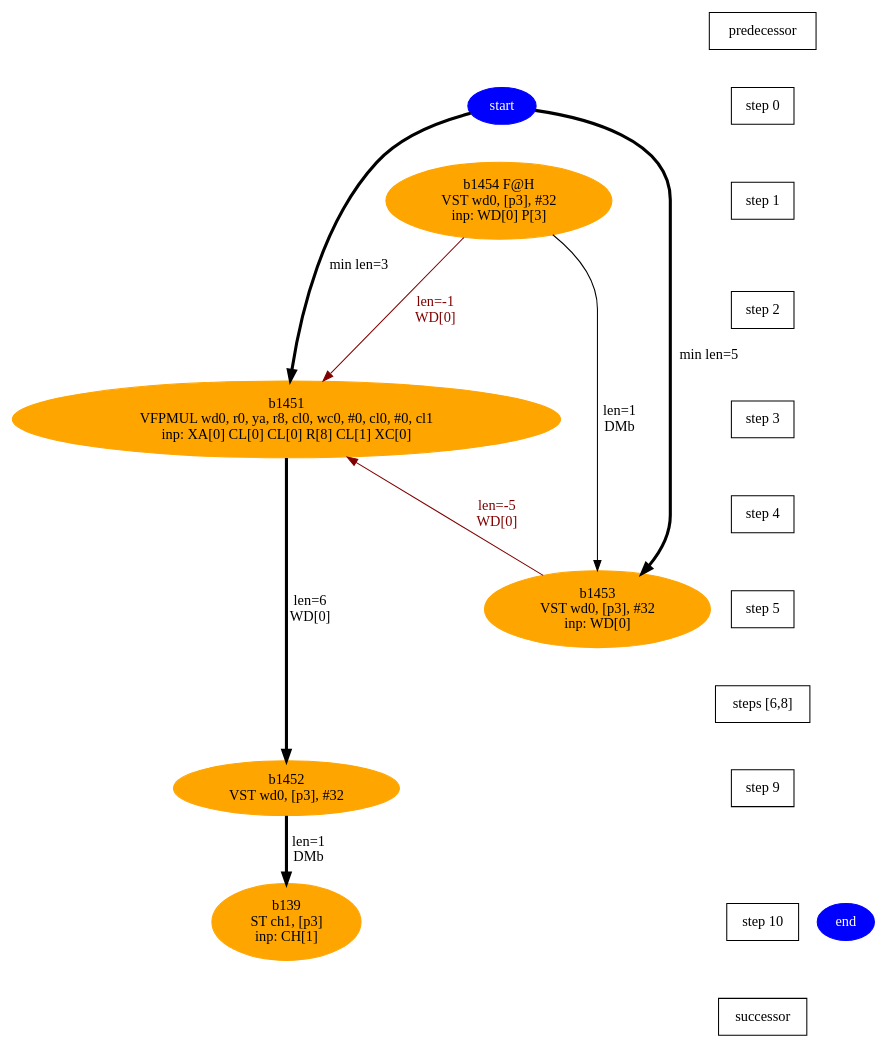
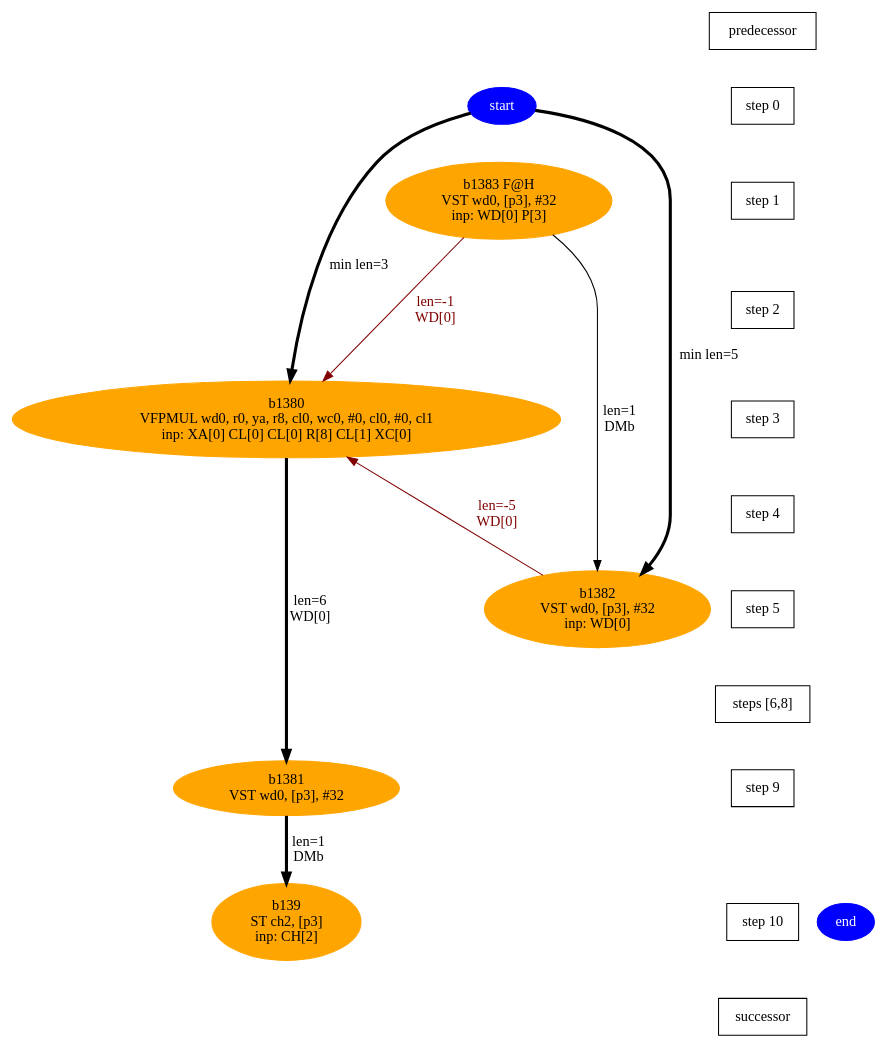
The diagram in testGen/Work/aie/0_1/Release/chesswork/0_1-main__s2_info/m120.dot (lxy-littlechai/SVD), drawn with Graphviz before and after one commit. The commit also changed 9662 other files, not shown here.

```diff
--- a/testGen/Work/aie/0_1/Release/chesswork/0_1-main__s2_info/m120.dot
+++ b/testGen/Work/aie/0_1/Release/chesswork/0_1-main__s2_info/m120.dot
@@ -1,37 +1,37 @@
 digraph N {
- b139[color=orange,fontcolor=black,style=filled,label="b139\nST ch1, [p3]\ninp: CH[1]"];  {rank=same; S10;  b139;}
- b1451[color=orange,fontcolor=black,style=filled,label="b1451\nVFPMUL wd0, r0, ya, r8, cl0, wc0, #0, cl0, #0, cl1\ninp: XA[0] CL[0] CL[0] R[8] CL[1] XC[0]"];  {rank=same; S3;  b1451;}
- b1452[color=orange,fontcolor=black,style=filled,label="b1452\nVST wd0, [p3], #32"];  {rank=same; S9;  b1452;}
- b1453[color=orange,fontcolor=black,style=filled,label="b1453\nVST wd0, [p3], #32\ninp: WD[0]"];  {rank=same; S5;  b1453;}
- b1454[color=orange,fontcolor=black,style=filled,label="b1454 F@H \nVST wd0, [p3], #32\ninp: WD[0] P[3]"];  {rank=same; S1;  b1454;}
+ b139[color=orange,fontcolor=black,style=filled,label="b139\nST ch2, [p3]\ninp: CH[2]"];  {rank=same; S10;  b139;}
+ b1380[color=orange,fontcolor=black,style=filled,label="b1380\nVFPMUL wd0, r0, ya, r8, cl0, wc0, #0, cl0, #0, cl1\ninp: XA[0] CL[0] CL[0] R[8] CL[1] XC[0]"];  {rank=same; S3;  b1380;}
+ b1381[color=orange,fontcolor=black,style=filled,label="b1381\nVST wd0, [p3], #32"];  {rank=same; S9;  b1381;}
+ b1382[color=orange,fontcolor=black,style=filled,label="b1382\nVST wd0, [p3], #32\ninp: WD[0]"];  {rank=same; S5;  b1382;}
+ b1383[color=orange,fontcolor=black,style=filled,label="b1383 F@H \nVST wd0, [p3], #32\ninp: WD[0] P[3]"];  {rank=same; S1;  b1383;}
  start [color=blue,fontcolor=white,style=filled,label="start"];  {rank=same; S0;  start;}
  end [color=blue,fontcolor=white,style=filled,label="end"];  {rank=same; S10;  end;}
-   b1451 -> b1452 [color=black,fontcolor=black,penwidth=3,label="len=6\nWD[0]",weight=1000];
-   b1452 -> b139 [color=black,fontcolor=black,penwidth=3,label="len=1\nDMb",weight=1000];
-   b1451 -> b1453 [color=maroon,fontcolor=maroon,label="len=-5\nWD[0]",weight=1000,dir=back];
-   b1454 -> b1451 [color=maroon,fontcolor=maroon,label="len=-1\nWD[0]",weight=1000];
-   b1454 -> b1453 [color=black,fontcolor=black,label="len=1\nDMb",weight=1000];
-   start -> b1453 [color=black,fontcolor=black,penwidth=3,label="min len=5",weight=1000];
-   start -> b1451 [color=black,fontcolor=black,penwidth=3,label="min len=3",weight=1000];
+   b1380 -> b1381 [color=black,fontcolor=black,penwidth=3,label="len=6\nWD[0]",weight=1000];
+   b1381 -> b139 [color=black,fontcolor=black,penwidth=3,label="len=1\nDMb",weight=1000];
+   b1380 -> b1382 [color=maroon,fontcolor=maroon,label="len=-5\nWD[0]",weight=1000,dir=back];
+   b1383 -> b1380 [color=maroon,fontcolor=maroon,label="len=-1\nWD[0]",weight=1000];
+   b1383 -> b1382 [color=black,fontcolor=black,label="len=1\nDMb",weight=1000];
+   start -> b1380 [color=black,fontcolor=black,penwidth=3,label="min len=3",weight=1000];
+   start -> b1382 [color=black,fontcolor=black,penwidth=3,label="min len=5",weight=1000];
   Sm1 [label="predecessor",shape=box];
   S0 [label="step 0",shape=box];
   Sm1 -> S0[style=invis,weight=9000];
   S1 [label="step 1",shape=box];
   S0 -> S1[style=invis,weight=9000];
   S2 [label="step 2",shape=box];
   S1 -> S2[style=invis,weight=9000];
   S3 [label="step 3",shape=box];
   S2 -> S3[style=invis,weight=9000];
   S4 [label="step 4",shape=box];
   S3 -> S4[style=invis,weight=9000];
   S5 [label="step 5",shape=box];
   S4 -> S5[style=invis,weight=9000];
   S6_S8 [label="steps [6,8]",shape=box];
   S5 -> S6_S8[style=invis,weight=9000];
   S9 [label="step 9",shape=box];
   S6_S8 -> S9[style=invis,weight=9000];
   S10 [label="step 10",shape=box];
   S9 -> S10[style=invis,weight=9000];
   S11 [label="successor",shape=box];
   S10 -> S11[style=invis,weight=9000];
 }
```
